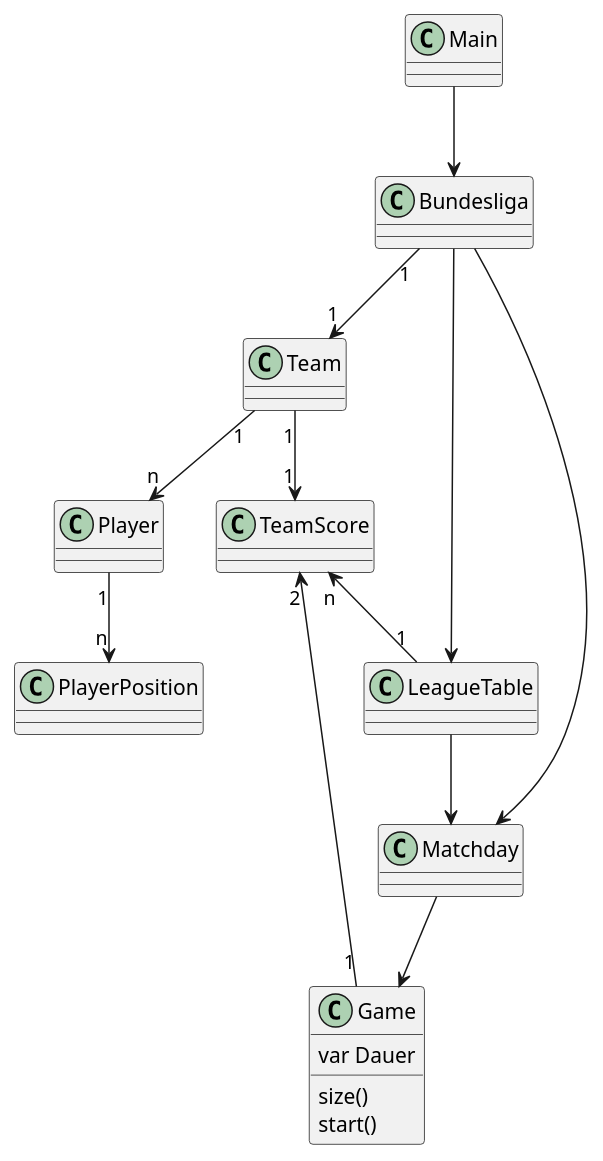
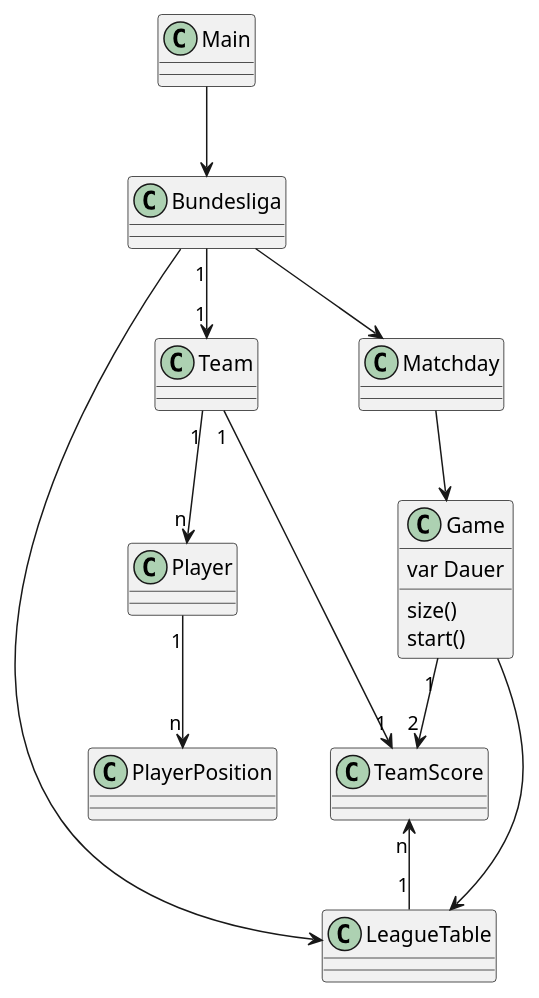
Before and after one commit to stefandotl/TerminalFootballManager: the diagram in src/Class.puml, drawn with PlantUML. The commit also changed 29 other files, not shown here.

Commit message:
fixed many bugs, -> changed TeamScore to Teams, + added results to LeagueTable

```diff
--- a/src/Class.puml
+++ b/src/Class.puml
@@ -1,32 +1,32 @@
 @startuml
 'https://plantuml.com/class-diagram
 
 class Main
 class Bundesliga
 class Game
 class Team
 class TeamScore
 
 Bundesliga "1"-->"1" Team
 Bundesliga --> LeagueTable
 Bundesliga --> Matchday
 Matchday --> Game
 Team "1"-->"n" Player
 Team "1"-->"1" TeamScore
 TeamScore "n"<--"1" LeagueTable
 'LeagueTable "1"<--"n" TeamScore
 Player "1"-->"n" PlayerPosition
 Game "1"-->"2" TeamScore
 Main --> Bundesliga
-LeagueTable --> Matchday
+Game --> LeagueTable
 
 class Game {
 var Dauer
 size()
 start()
 }
 
 
 
 
 @enduml
```
